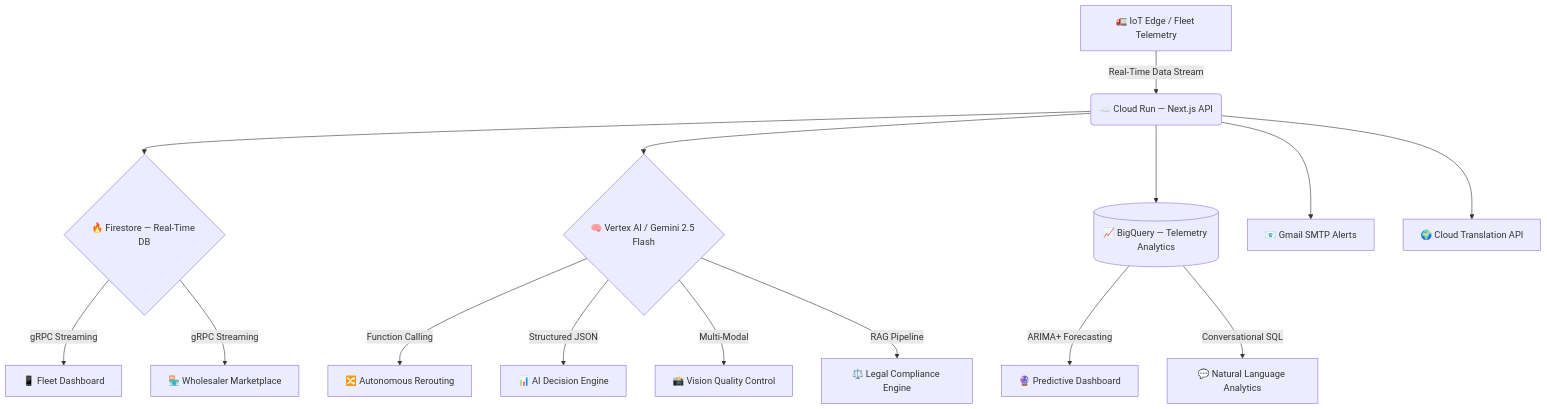
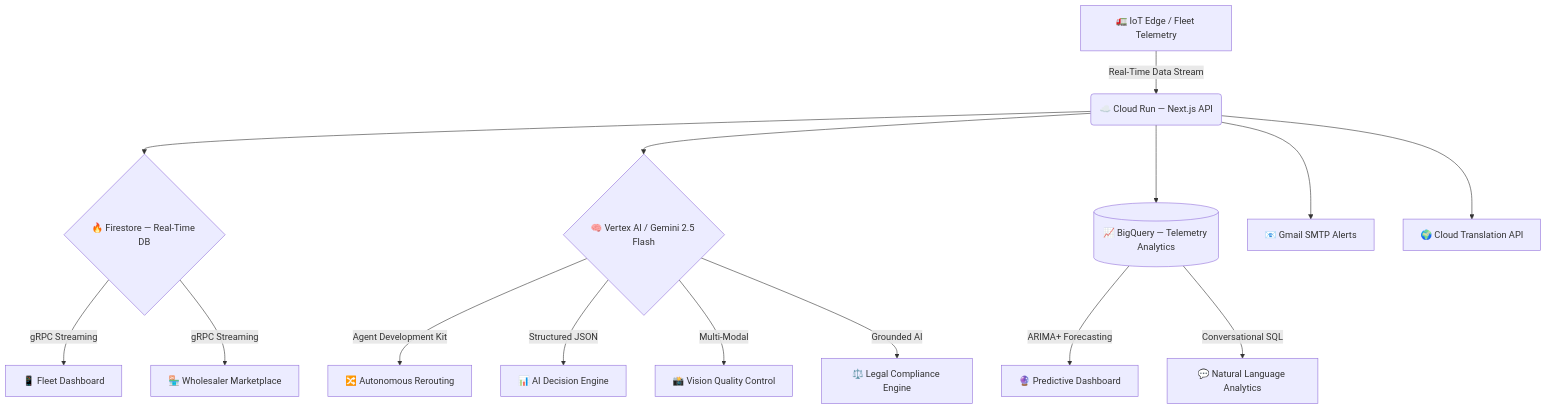
The diagram in README.md (sumitsaraswat362/Annapurna-Gemini-APAC), drawn with Mermaid before and after one commit. The commit also changed other lines of this file, not shown here.

Commit message:
docs: refine README for Cohort 2 focus (6 distinct GCP services, ADK, ESG metrics, grounded AI vs RAG)

````diff
--- a/README.md
+++ b/README.md
@@ -131,17 +128,17 @@
 ```mermaid
 graph TD
     A[🚛 IoT Edge / Fleet Telemetry] -->|Real-Time Data Stream| B(☁️ Cloud Run — Next.js API)
     B --> C{🔥 Firestore — Real-Time DB}
     C -->|gRPC Streaming| D[📱 Fleet Dashboard]
     C -->|gRPC Streaming| E[🏪 Wholesaler Marketplace]
     B --> F{🧠 Vertex AI / Gemini 2.5 Flash}
-    F -->|Function Calling| G[🔀 Autonomous Rerouting]
+    F -->|Agent Development Kit| G[🔀 Autonomous Rerouting]
     F -->|Structured JSON| H[📊 AI Decision Engine]
     F -->|Multi-Modal| I[📸 Vision Quality Control]
     B --> J[(📈 BigQuery — Telemetry Analytics)]
     J -->|ARIMA+ Forecasting| K[🔮 Predictive Dashboard]
     J -->|Conversational SQL| L[💬 Natural Language Analytics]
     B --> M[📧 Gmail SMTP Alerts]
     B --> N[🌍 Cloud Translation API]
-    F -->|RAG Pipeline| O[⚖️ Legal Compliance Engine]
+    F -->|Grounded AI| O[⚖️ Legal Compliance Engine]
 ```
````
